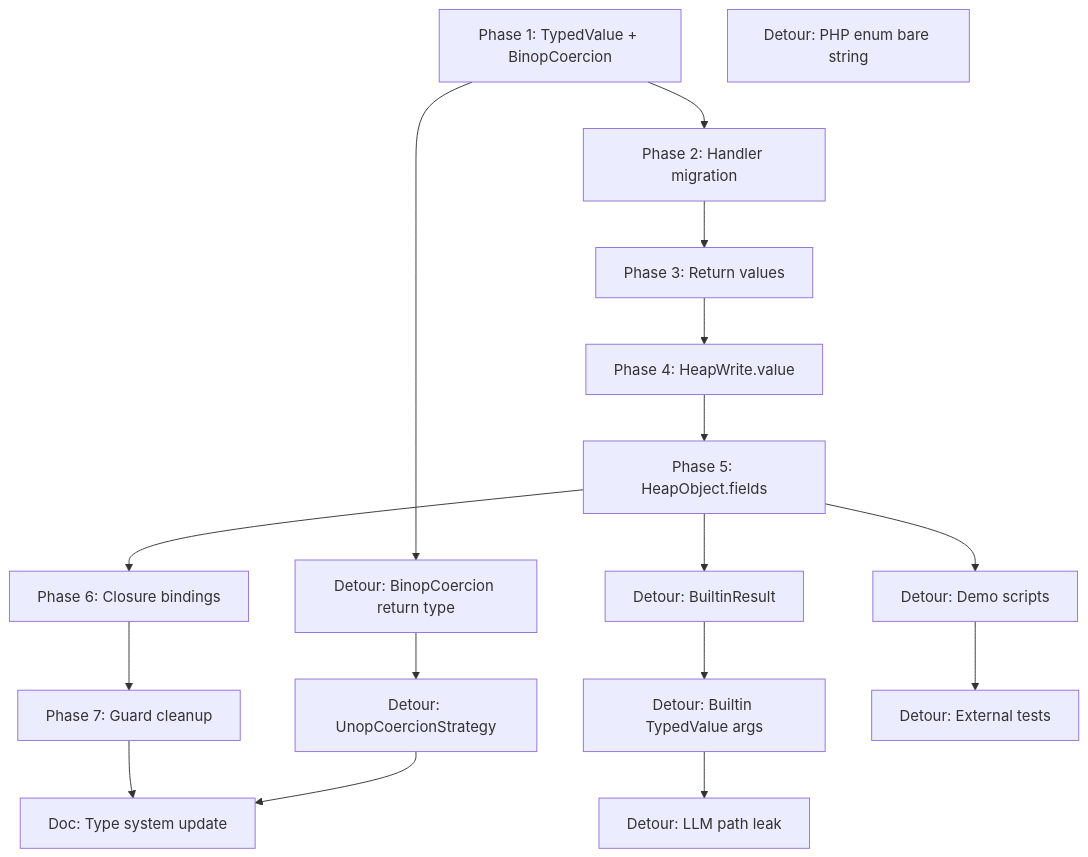
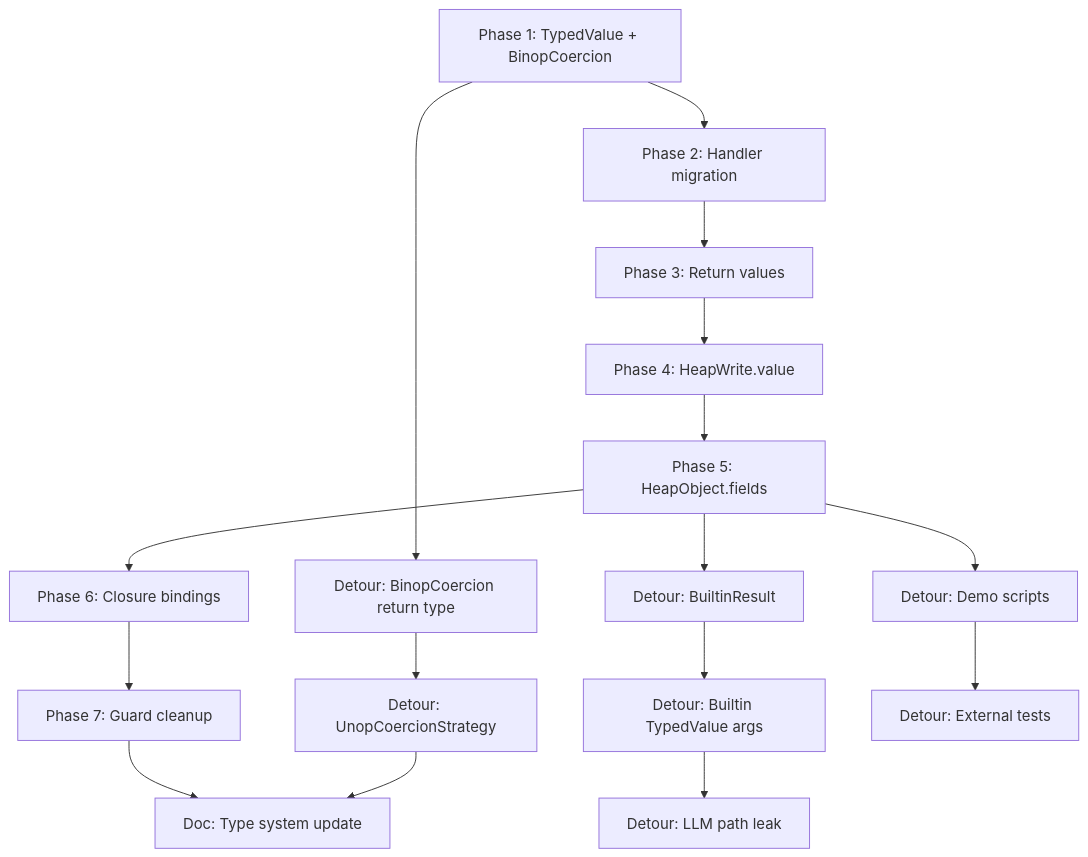
The diagram in _posts/2026-03-13-anatomy-of-a-refactoring-using-ai.md (asengupta/avishek.net), drawn with Mermaid before and after one commit. The commit also changed other lines of this file, not shown here.

First line of the commit message:
Remove PHP enum bare string section from refactoring post

````diff
--- a/_posts/2026-03-13-anatomy-of-a-refactoring-using-ai.md
+++ b/_posts/2026-03-13-anatomy-of-a-refactoring-using-ai.md
@@ -300,35 +293,34 @@
 ```mermaid
 flowchart TD
     P1["Phase 1: TypedValue + BinopCoercion"]
     P2["Phase 2: Handler migration"]
     P3["Phase 3: Return values"]
     P4["Phase 4: HeapWrite.value"]
     P5["Phase 5: HeapObject.fields"]
     P6["Phase 6: Closure bindings"]
     P7["Phase 7: Guard cleanup"]
     B1["Detour: BuiltinResult"]
     B2["Detour: Builtin TypedValue args"]
     D1["Detour: BinopCoercion return type"]
     D2["Detour: UnopCoercionStrategy"]
     D3["Detour: Demo scripts"]
     D4["Detour: LLM path leak"]
     D5["Detour: External tests"]
-    D6["Detour: PHP enum bare string"]
     DOC["Doc: Type system update"]
 
     P1 --> P2
     P2 --> P3
     P3 --> P4
     P4 --> P5
     P5 --> P6
     P6 --> P7
     P5 --> B1
     B1 --> B2
     P1 --> D1
     D1 --> D2
     P5 --> D3
     B2 --> D4
     D3 --> D5
     P7 --> DOC
     D2 --> DOC
 ```
````
